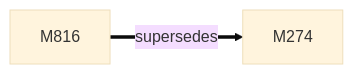
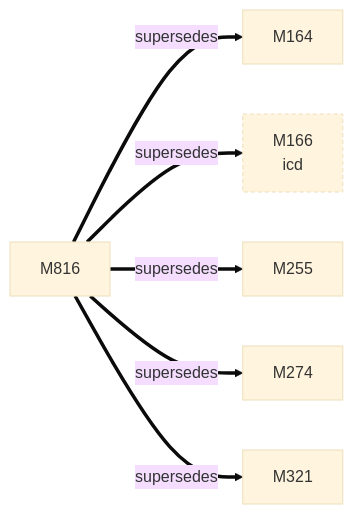
Before and after one commit to D-Ogi/amdgpu-wddm: the first of 2 diagrams in docs/facts/graphs/games.md, drawn with Mermaid (base theme). The commit also changed 8 other files, not shown here.

````diff
--- a/docs/facts/graphs/games.md
+++ b/docs/facts/graphs/games.md
@@ -9,7 +9,16 @@
 ```mermaid
 flowchart LR
+  M164["M164"]
+  M166["M166<br/>icd"]
+  M255["M255"]
   M274["M274"]
+  M321["M321"]
   M816["M816"]
+  M816 ==>|supersedes| M164
+  M816 ==>|supersedes| M166
+  M816 ==>|supersedes| M255
   M816 ==>|supersedes| M274
+  M816 ==>|supersedes| M321
   classDef other stroke-dasharray:4 3
+  class M166 other
 ```
````
